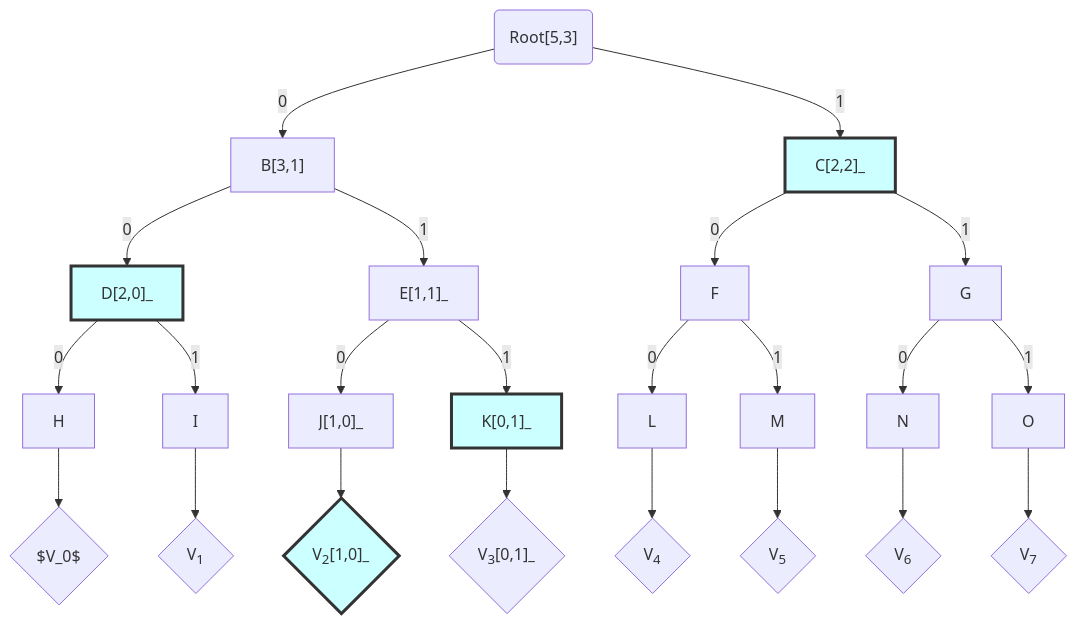
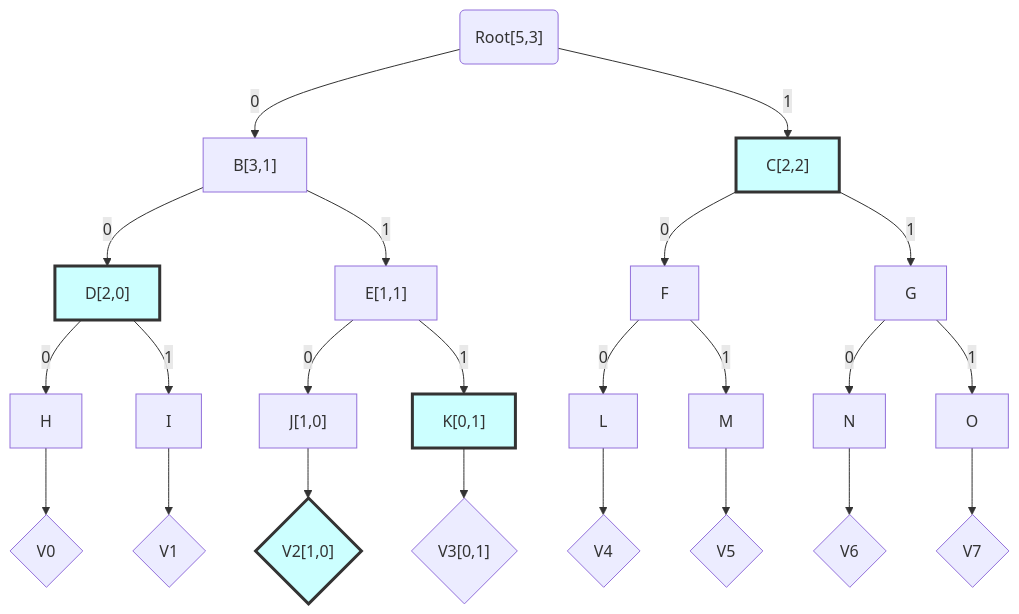
One commit to bitcoin-unlimited/BUwiki changed the diagram in blockchain_voting.md. Above: the diagram before and after it, drawn with Mermaid. The commit also changed other lines of this file, not shown here.

Commit message:
wiki commit

````diff
--- a/blockchain_voting.md
+++ b/blockchain_voting.md
@@ -64,28 +64,27 @@
 ```mermaid  
 graph TD
 R("Root[5,3]") -- 0 --> B["B[3,1]"]
-R -- 1 --> C["C[2,2]_"]
-B -- 0 --> D["D[2,0]_"]
-B -- 1 --> E["E[1,1]_"]
+R -- 1 --> C["C[2,2]"]
+B -- 0 --> D["D[2,0]"]
+B -- 1 --> E["E[1,1]"]
 C -- 0 --> F
 C -- 1 --> G
 D -- 0 --> H
 D -- 1 --> I
-E -- 0 --> J["J[1,0]_"]
-E -- 1 --> K["K[0,1]_"]
+E -- 0 --> J["J[1,0]"]
+E -- 1 --> K["K[0,1]"]
 F -- 0 --> L
 F -- 1 --> M
 G -- 0 --> N
 G -- 1 --> O
-H --> V0{"$V_0$"}
-I --> V1{"V<sub>1</sub>"}
-J --> V2{"V<sub>2</sub>[1,0]_"}
-K --> V3{"V<sub>3</sub>[0,1]_"}
-L --> V4{"V<sub>4</sub>"}
-M --> V5{"V<sub>5</sub>"}
-N --> V6{"V<sub>6</sub>"}
-O --> V7{"V<sub>7</sub>"}
+H --> V0{"V0"}
+I --> V1{"V1"}
+J --> V2{"V2[1,0]"}
+K --> V3{"V3[0,1]"}
+L --> V4{"V4"}
+M --> V5{"V5"}
+N --> V6{"V6"}
+O --> V7{"V7"}
 classDef proof fill:#cff,stroke:#333,stroke-width:3px;
 class V2,K,D,C proof;
-
 ```
````
